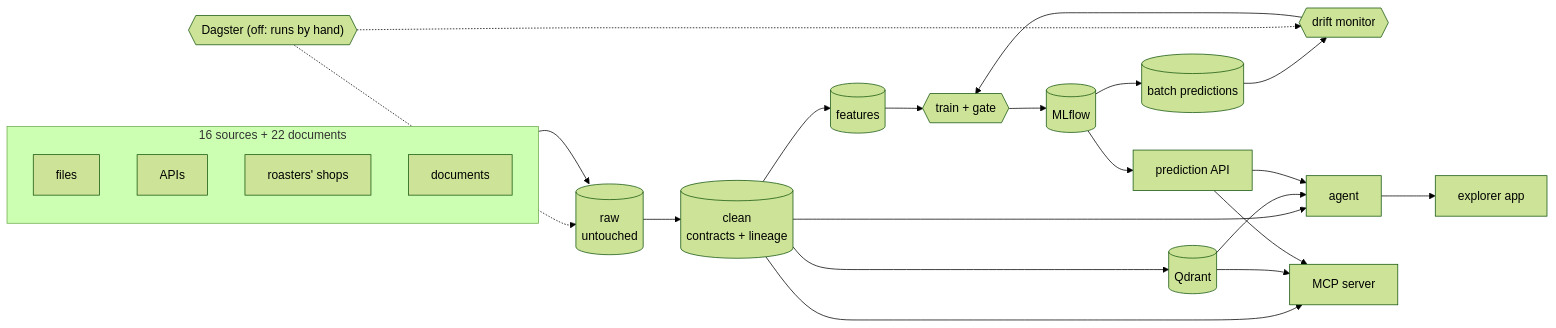
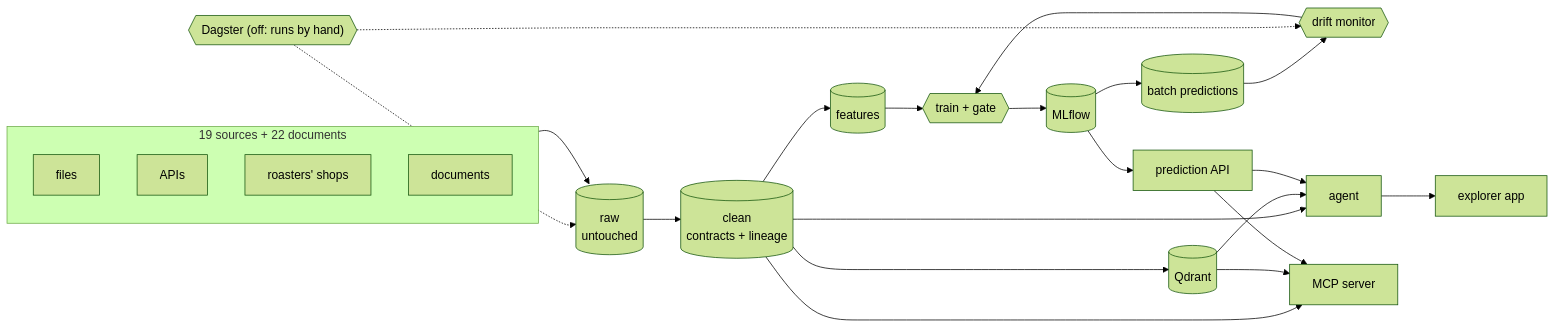
The diagram in README.md (AlanMLCH/coffee_mlops), drawn with Mermaid (forest theme) before and after one commit. The commit also changed other lines of this file and 19 other files, not shown here.

````diff
--- a/README.md
+++ b/README.md
@@ -100,30 +104,30 @@
 ```mermaid
 flowchart LR
-    subgraph SOURCES["16 sources + 22 documents"]
+    subgraph SOURCES["19 sources + 22 documents"]
         files["files"]
         apis["APIs"]
         shops["roasters' shops"]
         documents["documents"]
     end
     raw[("raw<br/>untouched")]
     clean[("clean<br/>contracts + lineage")]
     features[("features")]
     gate{{"train + gate"}}
     mlflow[("MLflow")]
     predictions[("batch predictions")]
     api["prediction API"]
     monitor{{"drift monitor"}}
     qdrant[("Qdrant")]
     agent["agent"]
     mcp["MCP server"]
     explorer["explorer app"]
     dagster{{"Dagster (off: runs by hand)"}}
 
     SOURCES --> raw --> clean --> features --> gate --> mlflow
     mlflow --> api & predictions
     predictions --> monitor --> gate
     clean --> qdrant
     clean & qdrant & api --> agent --> explorer
     clean & qdrant & api --> mcp
     dagster -.-> raw & monitor
 ```
````
